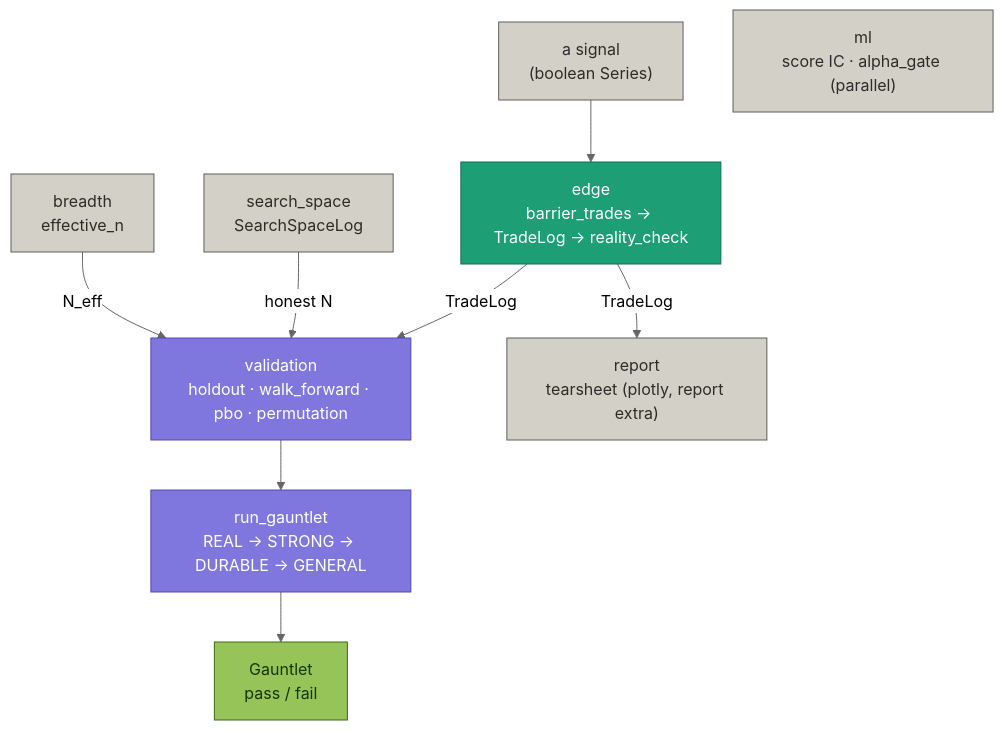
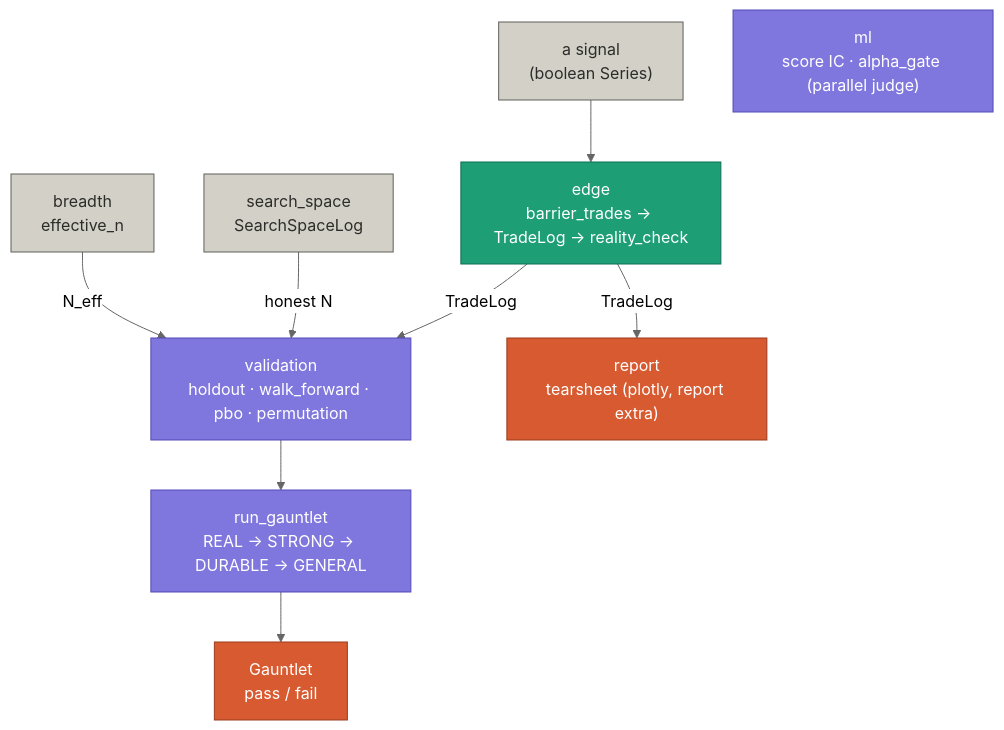
Before and after one commit to mspinola/crucible: the first of 2 diagrams in docs/architecture.md, drawn with Mermaid (neutral theme). The commit also changed other lines of this file, not shown here.

Commit message:
docs: give the module-map colors meaning + a legend
The colors were role-coded but had no key, so they read as decoration. Add a legend
and sharpen the buckets: producer (teal, makes the TradeLog) / judges (purple —
validation, gauntlet, and ml, which judges model scores) / inputs (gray — the signal
plus the honest N and N_eff the judges divide by) / outputs (coral — the verdict and
the tearsheet). ml moves from "io" to a judge; report/verdict become outputs. Output
uses coral, not green, to avoid the green="success" reading. Verified: renders with
four distinct, high-contrast buckets matching the legend.

````diff
--- a/docs/architecture.md
+++ b/docs/architecture.md
@@ -46,17 +46,17 @@
 ```mermaid
 flowchart TD
-    sig["a signal<br/>(boolean Series)"]:::io --> edge
-    edge["edge<br/>barrier_trades → TradeLog → reality_check"]:::pivot
+    sig["a signal<br/>(boolean Series)"]:::input --> edge
+    edge["edge<br/>barrier_trades → TradeLog → reality_check"]:::producer
     edge -->|TradeLog| val["validation<br/>holdout · walk_forward · pbo · permutation"]:::judge
-    edge -->|TradeLog| rep["report<br/>tearsheet (plotly, report extra)"]:::io
-    ss["search_space<br/>SearchSpaceLog"]:::io -->|honest N| val
-    br["breadth<br/>effective_n"]:::io -->|N_eff| val
+    edge -->|TradeLog| rep["report<br/>tearsheet (plotly, report extra)"]:::output
+    ss["search_space<br/>SearchSpaceLog"]:::input -->|honest N| val
+    br["breadth<br/>effective_n"]:::input -->|N_eff| val
     val --> gnt["run_gauntlet<br/>REAL → STRONG → DURABLE → GENERAL"]:::judge
-    gnt --> verdict["Gauntlet<br/>pass / fail"]:::out
-    ml["ml<br/>score IC · alpha_gate (parallel)"]:::io
+    gnt --> verdict["Gauntlet<br/>pass / fail"]:::output
+    ml["ml<br/>score IC · alpha_gate (parallel judge)"]:::judge
 
-    classDef pivot fill:#1D9E75,stroke:#0F6E56,color:#fff;
+    classDef producer fill:#1D9E75,stroke:#0F6E56,color:#fff;
     classDef judge fill:#7F77DD,stroke:#534AB7,color:#fff;
-    classDef io fill:#D3D1C7,stroke:#5F5E5A,color:#2C2C2A;
-    classDef out fill:#97C459,stroke:#3B6D11,color:#173404;
+    classDef input fill:#D3D1C7,stroke:#5F5E5A,color:#2C2C2A;
+    classDef output fill:#D85A30,stroke:#993C1D,color:#fff;
 ```
````
